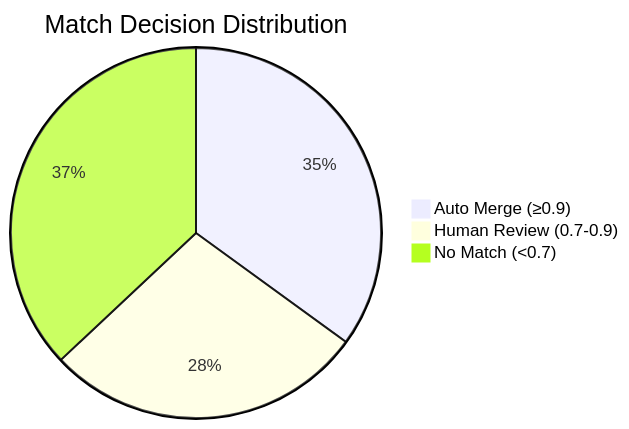
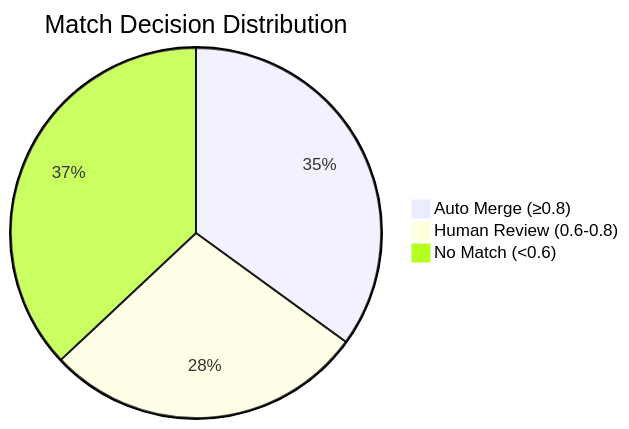
Before and after one commit to johanesalxd/mdm-gcp: the third of 4 diagrams in batch_mdm_gcp/MDM_BATCH_RESULTS.md, drawn with Mermaid. The commit also changed other lines of this file and 2 other files, not shown here.

````diff
--- a/batch_mdm_gcp/MDM_BATCH_RESULTS.md
+++ b/batch_mdm_gcp/MDM_BATCH_RESULTS.md
@@ -132,6 +138,6 @@
 ```mermaid
 pie title Match Decision Distribution
-    "Auto Merge (≥0.9)" : 35
-    "Human Review (0.7-0.9)" : 28
-    "No Match (<0.7)" : 37
+    "Auto Merge (≥0.8)" : 35
+    "Human Review (0.6-0.8)" : 28
+    "No Match (<0.6)" : 37
 ```
````
